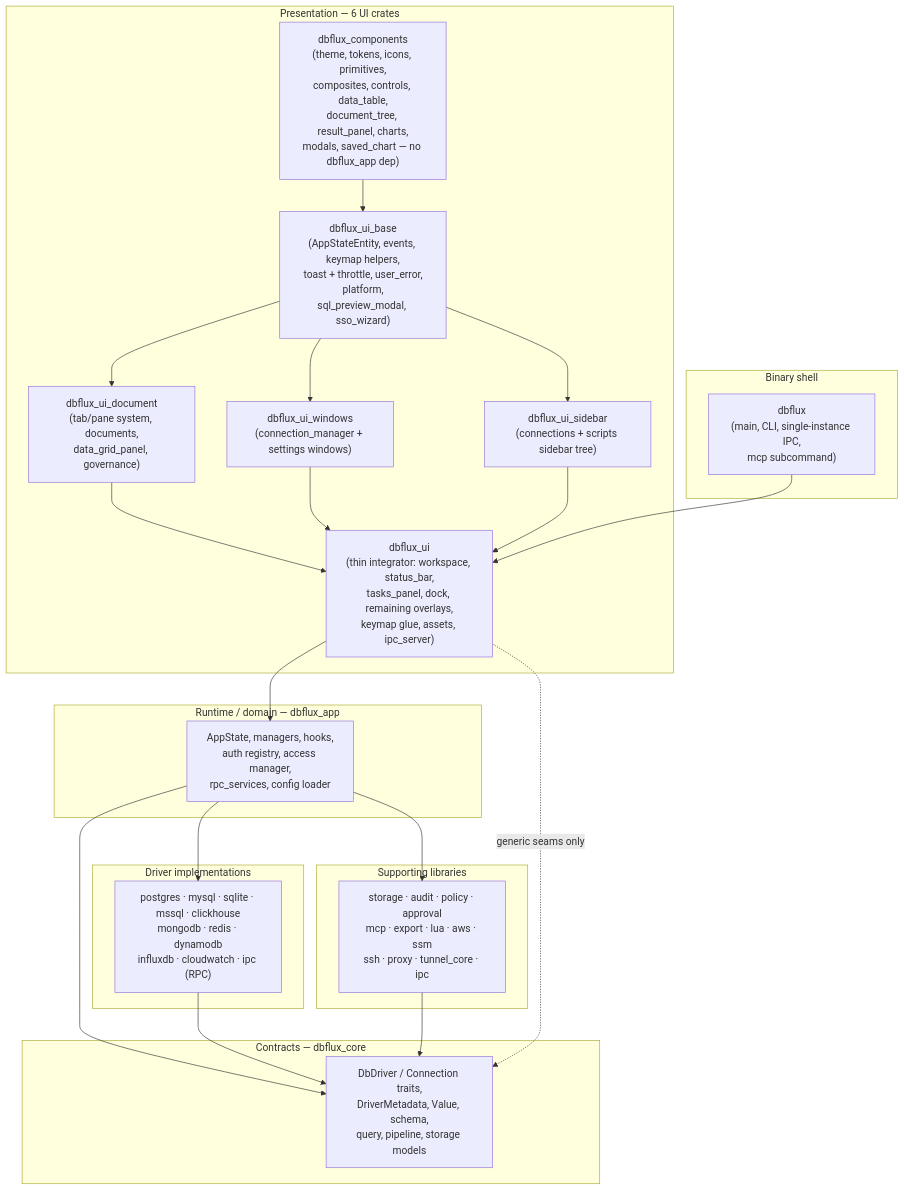
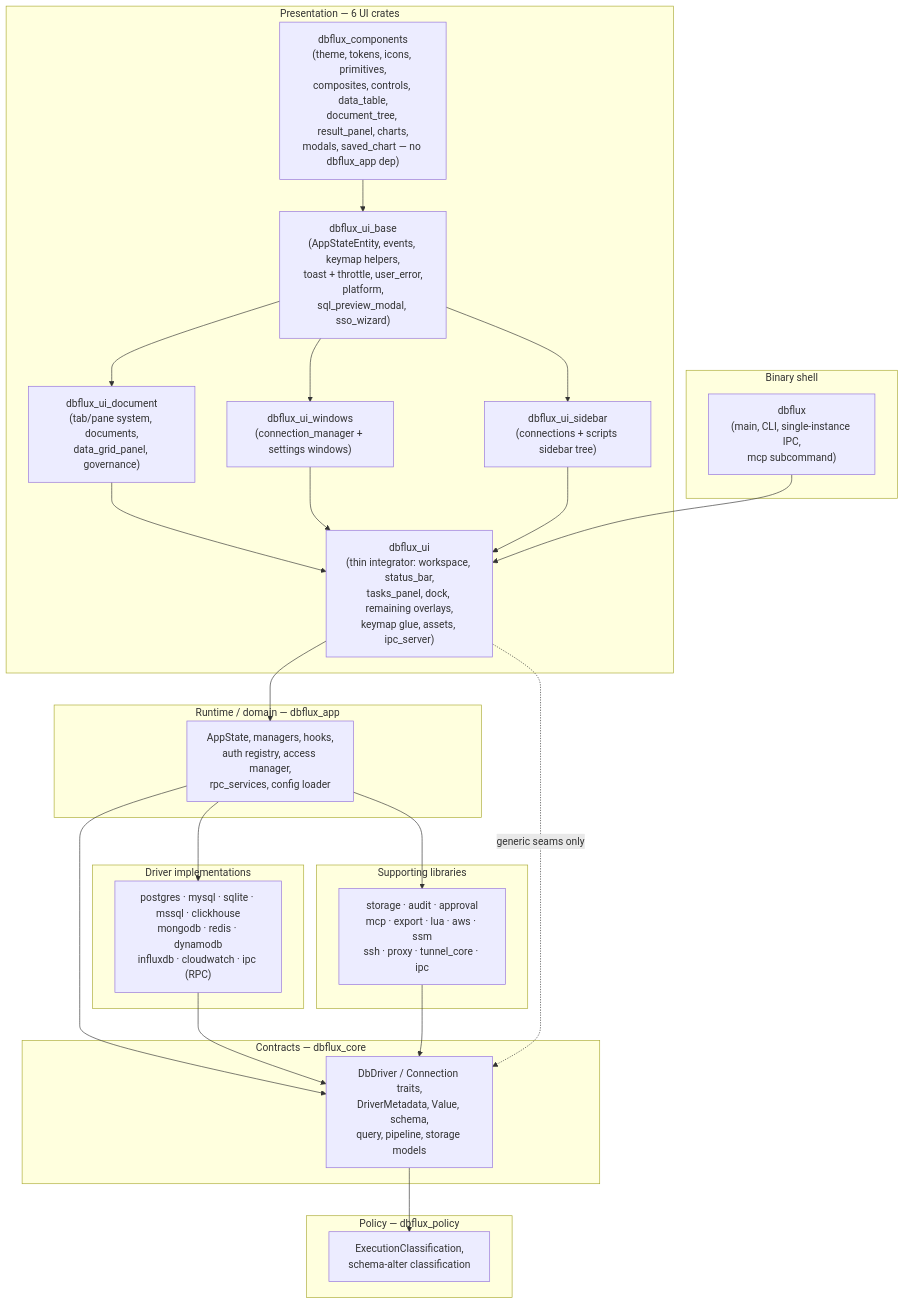
One commit to 0xErwin1/dbflux changed the first of 3 diagrams in ARCHITECTURE.md. Above: the diagram before and after it, drawn with Mermaid. The commit also changed other lines of this file and 4 other files, not shown here.

First line of the commit message:
docs: correct stale architecture facts in AGENTS.md and ARCHITECTURE.md (#1054)

````diff
--- a/ARCHITECTURE.md
+++ b/ARCHITECTURE.md
@@ -20,39 +20,44 @@
 ```mermaid
 flowchart TB
     subgraph Shell["Binary shell"]
         bin["dbflux<br/>(main, CLI, single-instance IPC,<br/>mcp subcommand)"]
     end
 
     subgraph UI["Presentation — 6 UI crates"]
         uicomp["dbflux_components<br/>(theme, tokens, icons, primitives,<br/>composites, controls, data_table,<br/>document_tree, result_panel, charts,<br/>modals, saved_chart — no dbflux_app dep)"]
         uibase["dbflux_ui_base<br/>(AppStateEntity, events, keymap helpers,<br/>toast + throttle, user_error,<br/>platform,<br/>sql_preview_modal, sso_wizard)"]
         uidoc["dbflux_ui_document<br/>(tab/pane system, documents,<br/>data_grid_panel, governance)"]
         uisidebar["dbflux_ui_sidebar<br/>(connections + scripts sidebar tree)"]
         uiwindows["dbflux_ui_windows<br/>(connection_manager + settings windows)"]
         uithin["dbflux_ui<br/>(thin integrator: workspace, status_bar,<br/>tasks_panel, dock, remaining overlays,<br/>keymap glue, assets, ipc_server)"]
         uicomp --> uibase --> uidoc & uiwindows & uisidebar --> uithin
     end
 
     subgraph Runtime["Runtime / domain — dbflux_app"]
         app["AppState, managers, hooks,<br/>auth registry, access manager,<br/>rpc_services, config loader"]
     end
 
     subgraph Core["Contracts — dbflux_core"]
         core["DbDriver / Connection traits,<br/>DriverMetadata, Value, schema,<br/>query, pipeline, storage models"]
     end
 
     subgraph Drivers["Driver implementations"]
         drv["postgres · mysql · sqlite · mssql · clickhouse<br/>mongodb · redis · dynamodb<br/>influxdb · cloudwatch · ipc (RPC)"]
     end
 
     subgraph Support["Supporting libraries"]
-        sup["storage · audit · policy · approval<br/>mcp · export · lua · aws · ssm<br/>ssh · proxy · tunnel_core · ipc"]
+        sup["storage · audit · approval<br/>mcp · export · lua · aws · ssm<br/>ssh · proxy · tunnel_core · ipc"]
+    end
+
+    subgraph Policy["Policy — dbflux_policy"]
+        policy["ExecutionClassification,<br/>schema-alter classification"]
     end
 
     bin --> uithin --> app --> core
     drv --> core
     sup --> core
+    core --> policy
     app --> drv
     app --> sup
     uithin -. "generic seams only" .-> core
 ```
````
